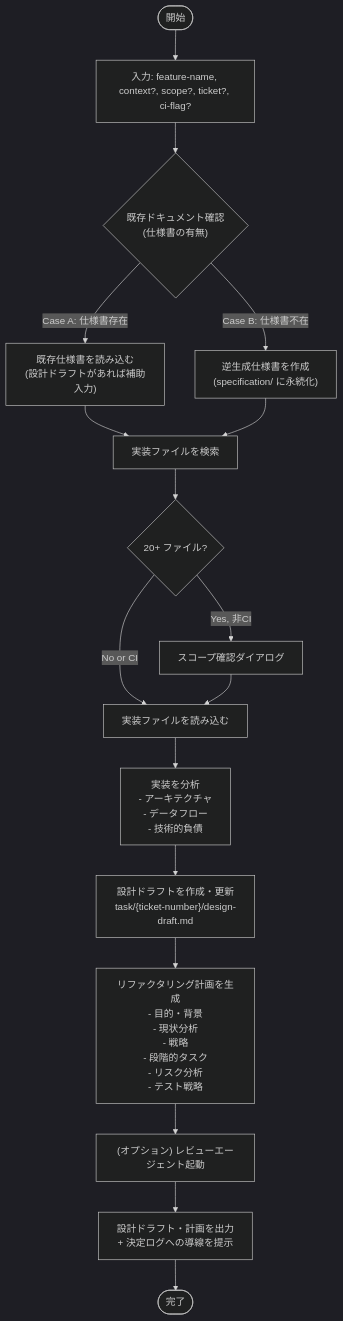
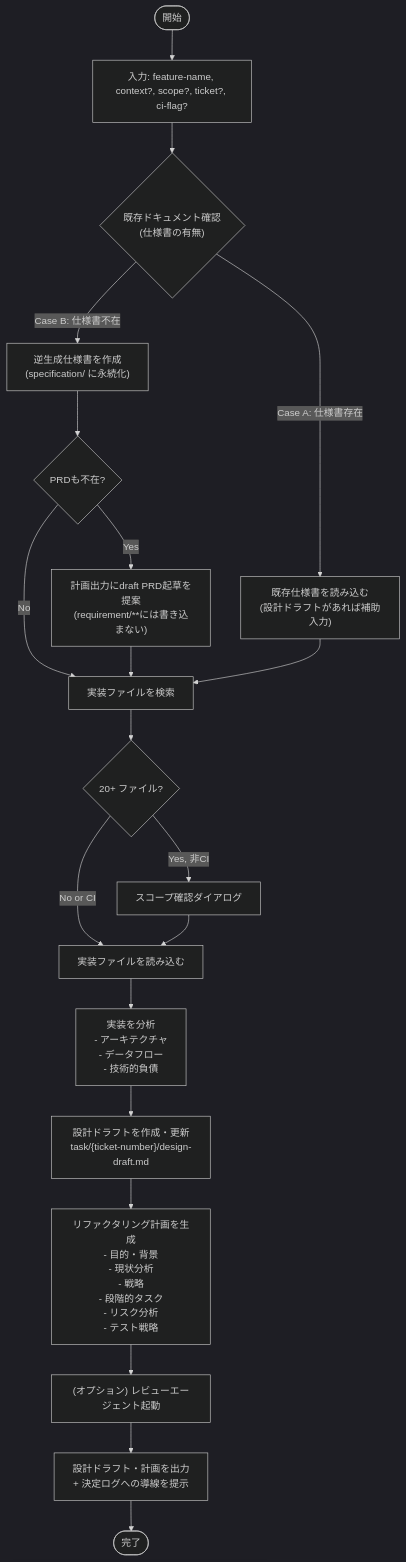
The second of 2 diagrams in .sdd/specification/spec-design/plan-refactor_spec.md (ToshikiImagawa/ai-sdd-workflow-dev), drawn with Mermaid before and after one commit. The commit also changed other lines of this file and 19 other files, not shown here.

````diff
--- a/.sdd/specification/spec-design/plan-refactor_spec.md
+++ b/.sdd/specification/spec-design/plan-refactor_spec.md
@@ -162,26 +163,29 @@
 ```mermaid
 %%{init: {'theme': 'dark'}}%%
 flowchart TD
     Start([開始]) --> Input["入力: feature-name, context?, scope?, ticket?, ci-flag?"]
     Input --> ScanExist{"既存ドキュメント確認<br/>(仕様書の有無)"}
 
     ScanExist -->|"Case A: 仕様書存在"| CaseA["既存仕様書を読み込む<br/>(設計ドラフトがあれば補助入力)"]
     ScanExist -->|"Case B: 仕様書不在"| CaseB["逆生成仕様書を作成<br/>(specification/ に永続化)"]
+    CaseB --> CheckPRD{"PRDも不在?"}
+    CheckPRD -->|Yes| ProposeDraftPRD["計画出力にdraft PRD起草を提案<br/>(requirement/**には書き込まない)"]
+    CheckPRD -->|No| FindImpl
+    ProposeDraftPRD --> FindImpl
 
     CaseA --> FindImpl["実装ファイルを検索"]
-    CaseB --> FindImpl
 
     FindImpl --> LargeImpl{"20+ ファイル?"}
     LargeImpl -->|Yes, 非CI| AskScope["スコープ確認ダイアログ"]
     LargeImpl -->|No or CI| ReadImpl["実装ファイルを読み込む"]
     AskScope --> ReadImpl
 
     ReadImpl --> Analyze["実装を分析<br/>- アーキテクチャ<br/>- データフロー<br/>- 技術的負債"]
 
     Analyze --> UpdateDraft["設計ドラフトを作成・更新<br/>task/{ticket-number}/design-draft.md"]
     UpdateDraft --> CreatePlan["リファクタリング計画を生成<br/>- 目的・背景<br/>- 現状分析<br/>- 戦略<br/>- 段階的タスク<br/>- リスク分析<br/>- テスト戦略"]
 
     CreatePlan --> Review["(オプション) レビューエージェント起動"]
     Review --> Output["設計ドラフト・計画を出力<br/>+ 決定ログへの導線を提示"]
     Output --> End([完了])
 ```
````
